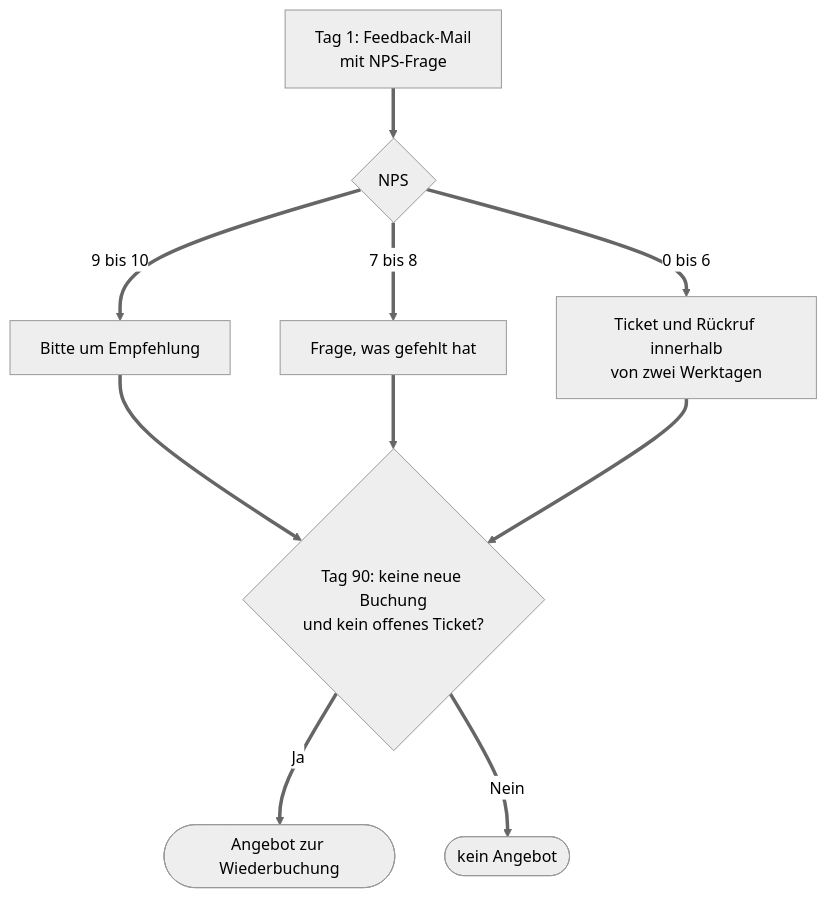
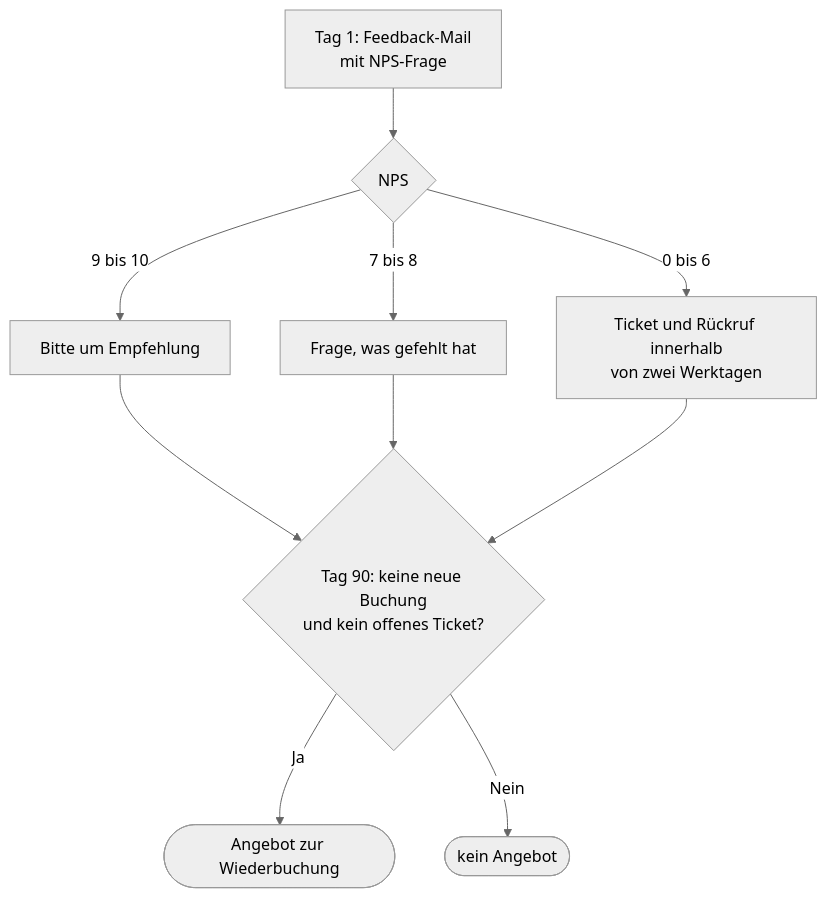
The diagram in diagrams/journey.mmd (abdallahaneed/crm-fachkonzept), drawn with Mermaid (neutral theme) before and after one commit. The commit also changed 10 other files, not shown here.

Commit message:
Diagramme: Standardpfeile, Prozess quer, Render-Skript

```diff
--- a/diagrams/journey.mmd
+++ b/diagrams/journey.mmd
@@ -1,10 +1,10 @@
 flowchart TD
-  A[Tag 1: Feedback-Mail<br/>mit NPS-Frage] ==> B{NPS}
-  B ==>|9 bis 10| C[Bitte um Empfehlung]
-  B ==>|7 bis 8| D[Frage, was gefehlt hat]
-  B ==>|0 bis 6| E[Ticket und Rückruf innerhalb<br/>von zwei Werktagen]
-  C ==> F{Tag 90: keine neue Buchung<br/>und kein offenes Ticket?}
-  D ==> F
-  E ==> F
-  F ==>|Ja| G([Angebot zur Wiederbuchung])
-  F ==>|Nein| H([kein Angebot])
+  A[Tag 1: Feedback-Mail<br/>mit NPS-Frage] --> B{NPS}
+  B -->|9 bis 10| C[Bitte um Empfehlung]
+  B -->|7 bis 8| D[Frage, was gefehlt hat]
+  B -->|0 bis 6| E[Ticket und Rückruf innerhalb<br/>von zwei Werktagen]
+  C --> F{Tag 90: keine neue Buchung<br/>und kein offenes Ticket?}
+  D --> F
+  E --> F
+  F -->|Ja| G([Angebot zur Wiederbuchung])
+  F -->|Nein| H([kein Angebot])
```
